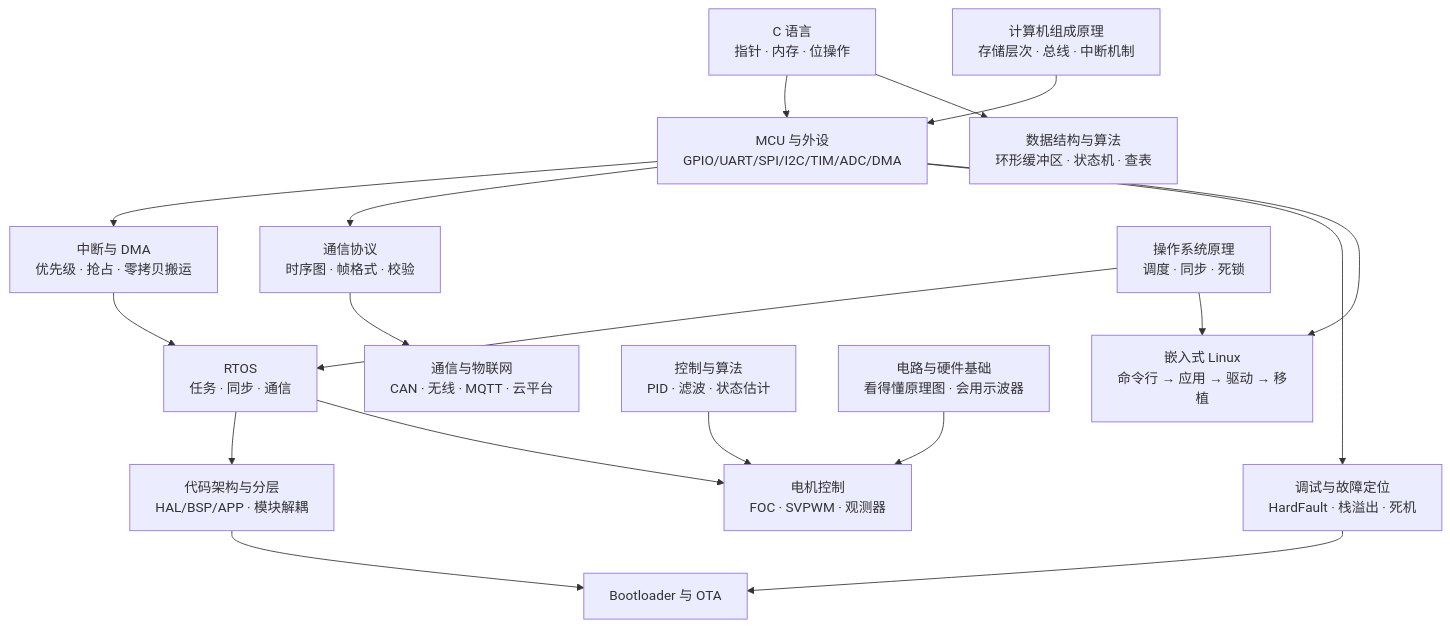
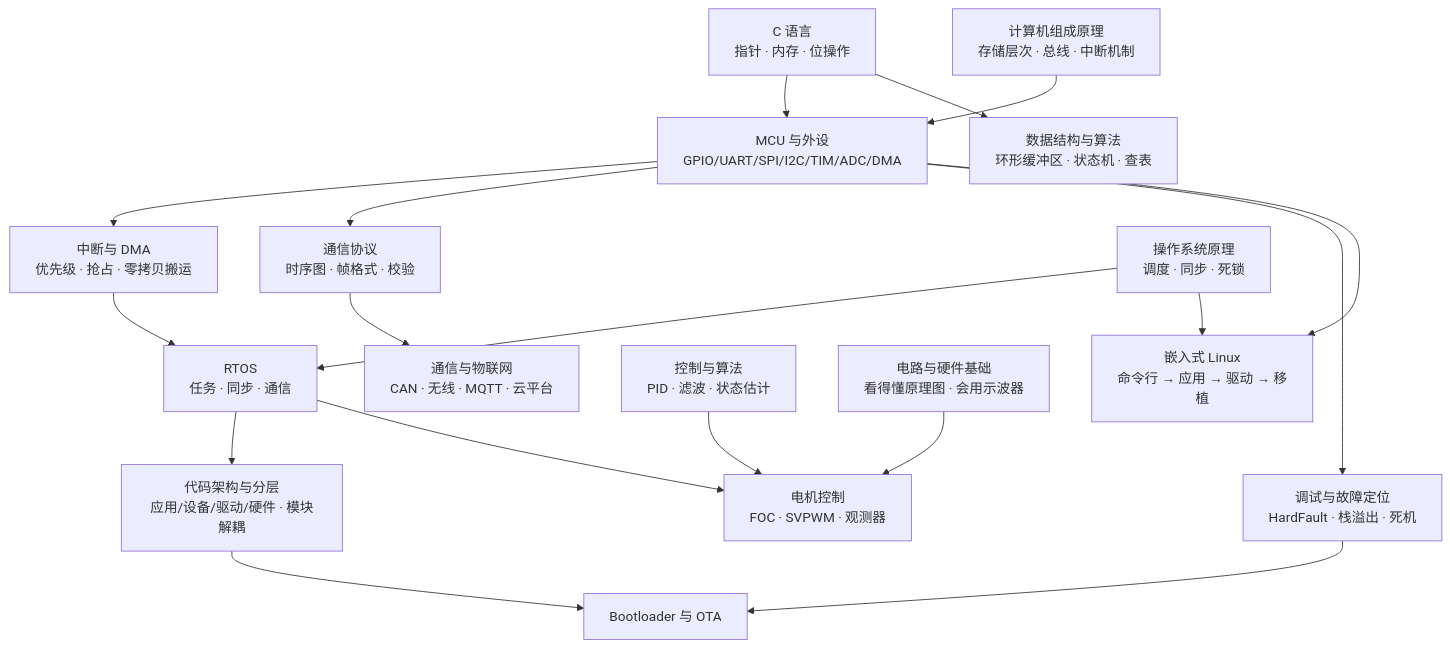
One commit to vow0328/embedded-learning-guide changed the first of 2 diagrams in docs/00-导读/02-三条路线与技能依赖.md. Above: the diagram before and after it, drawn with Mermaid. The commit also changed 14 other files, not shown here.

````diff
--- a/docs/00-导读/02-三条路线与技能依赖.md
+++ b/docs/00-导读/02-三条路线与技能依赖.md
@@ -33,20 +33,20 @@
 ```mermaid
 flowchart TD
     C["C 语言<br/>指针 · 内存 · 位操作"] --> MCU["MCU 与外设<br/>GPIO/UART/SPI/I2C/TIM/ADC/DMA"]
     C --> DS["数据结构与算法<br/>环形缓冲区 · 状态机 · 查表"]
     CS["计算机组成原理<br/>存储层次 · 总线 · 中断机制"] --> MCU
     MCU --> INT["中断与 DMA<br/>优先级 · 抢占 · 零拷贝搬运"]
     MCU --> COMM["通信协议<br/>时序图 · 帧格式 · 校验"]
     INT --> RTOS["RTOS<br/>任务 · 同步 · 通信"]
     OS["操作系统原理<br/>调度 · 同步 · 死锁"] --> RTOS
     COMM --> IOT["通信与物联网<br/>CAN · 无线 · MQTT · 云平台"]
-    RTOS --> ARCH["代码架构与分层<br/>HAL/BSP/APP · 模块解耦"]
+    RTOS --> ARCH["代码架构与分层<br/>应用/设备/驱动/硬件 · 模块解耦"]
     ARCH --> BOOT["Bootloader 与 OTA"]
     MCU --> DBG["调试与故障定位<br/>HardFault · 栈溢出 · 死机"]
     DBG --> BOOT
     RTOS --> MOTOR["电机控制<br/>FOC · SVPWM · 观测器"]
     CTRL["控制与算法<br/>PID · 滤波 · 状态估计"] --> MOTOR
     HW["电路与硬件基础<br/>看得懂原理图 · 会用示波器"] --> MOTOR
     MCU --> LINUX["嵌入式 Linux<br/>命令行 → 应用 → 驱动 → 移植"]
     OS --> LINUX
 ```
````
